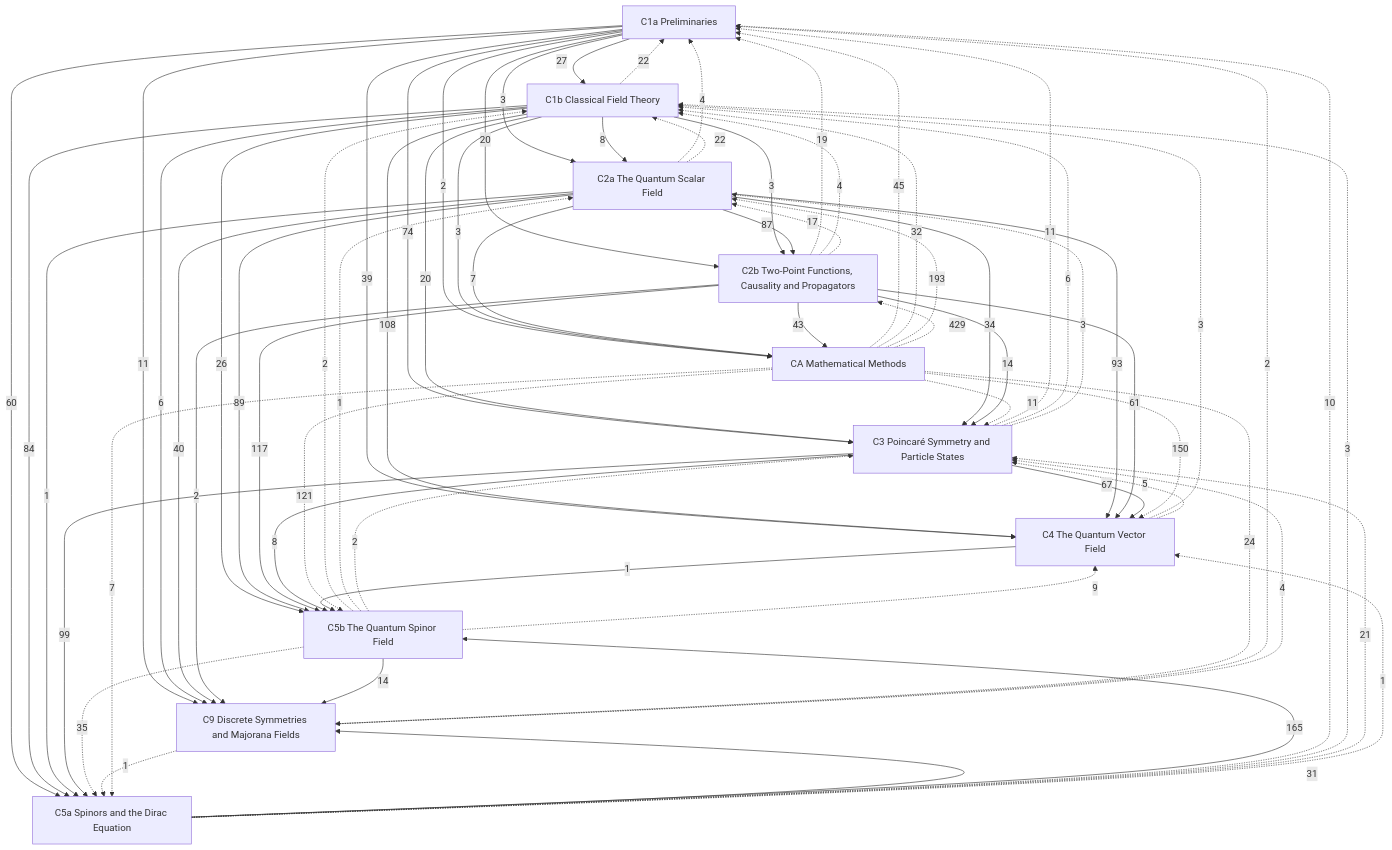
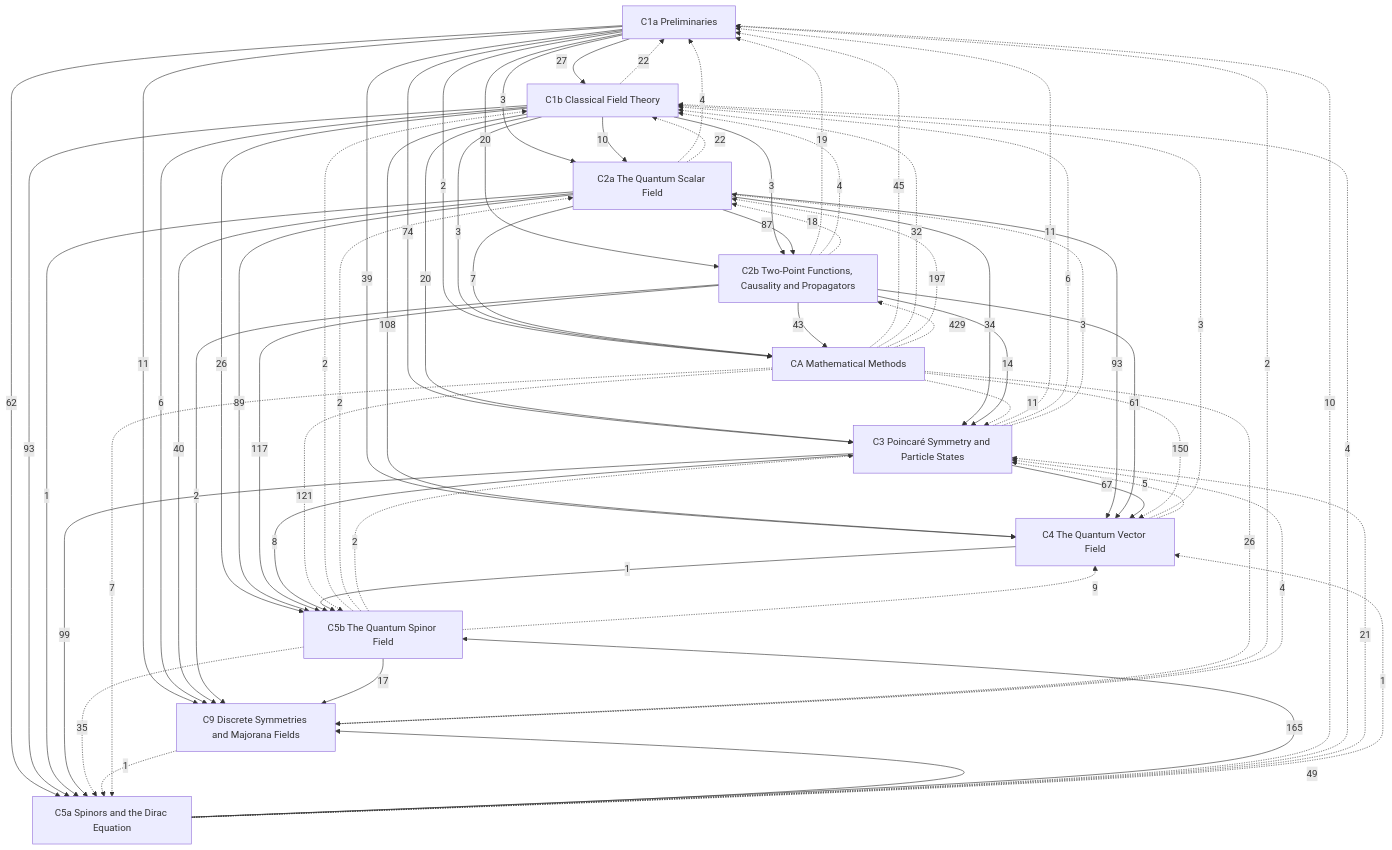
One commit to Onion20040508/notes changed the diagram in Physics/Quantum Field Theory/Quantum Field Theory.md. Above: the diagram before and after it, drawn with Mermaid. The commit also changed 26 other files, not shown here.

````diff
--- a/Physics/Quantum Field Theory/Quantum Field Theory.md
+++ b/Physics/Quantum Field Theory/Quantum Field Theory.md
@@ -29,80 +29,80 @@
 ```mermaid
 graph TD
   C1a["C1a Preliminaries"]
   C1b["C1b Classical Field Theory"]
   C2a["C2a The Quantum Scalar Field"]
   C2b["C2b Two-Point Functions, Causality and Propagators"]
   C3["C3 Poincaré Symmetry and Particle States"]
   C4["C4 The Quantum Vector Field"]
   C5a["C5a Spinors and the Dirac Equation"]
   C5b["C5b The Quantum Spinor Field"]
   C9["C9 Discrete Symmetries and Majorana Fields"]
   CA["CA Mathematical Methods"]
   C1a -->|27| C1b
   C1a -->|3| C2a
-  C1b -->|8| C2a
+  C1b -->|10| C2a
   C1a -->|20| C2b
   C1b -->|3| C2b
   C2a -->|87| C2b
   C1a -->|74| C3
   C1b -->|20| C3
   C2a -->|34| C3
   C2b -->|14| C3
   C1a -->|39| C4
   C1b -->|108| C4
   C2a -->|93| C4
   C2b -->|61| C4
   C3 -->|67| C4
-  C1a -->|60| C5a
-  C1b -->|84| C5a
+  C1a -->|62| C5a
+  C1b -->|93| C5a
   C2a -->|1| C5a
   C3 -->|99| C5a
   C1b -->|26| C5b
   C2a -->|89| C5b
   C2b -->|117| C5b
   C3 -->|8| C5b
   C4 -->|1| C5b
   C5a -->|165| C5b
   C1a -->|11| C9
   C1b -->|6| C9
   C2a -->|40| C9
   C2b -->|2| C9
-  C5a -->|31| C9
-  C5b -->|14| C9
+  C5a -->|49| C9
+  C5b -->|17| C9
   C1a -->|2| CA
   C1b -->|3| CA
   C2a -->|7| CA
   C2b -->|43| CA
   C1b -.->|22| C1a
   C2a -.->|4| C1a
   C2b -.->|19| C1a
   C3 -.->|11| C1a
   C5a -.->|10| C1a
   C9 -.->|2| C1a
   CA -.->|45| C1a
   C2a -.->|22| C1b
   C2b -.->|4| C1b
   C3 -.->|6| C1b
   C4 -.->|3| C1b
-  C5a -.->|3| C1b
+  C5a -.->|4| C1b
   C5b -.->|2| C1b
   CA -.->|32| C1b
-  C2b -.->|17| C2a
+  C2b -.->|18| C2a
   C3 -.->|3| C2a
-  C5b -.->|1| C2a
-  CA -.->|193| C2a
+  C5b -.->|2| C2a
+  CA -.->|197| C2a
   CA -.->|429| C2b
   C4 -.->|5| C3
   C5a -.->|21| C3
   C5b -.->|2| C3
   C9 -.->|4| C3
   CA -.->|11| C3
   C5a -.->|1| C4
   C5b -.->|9| C4
   CA -.->|150| C4
   C5b -.->|35| C5a
   C9 -.->|1| C5a
   CA -.->|7| C5a
   CA -.->|121| C5b
-  CA -.->|24| C9
+  CA -.->|26| C9
 ```
````
